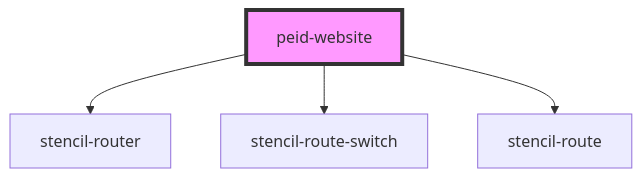
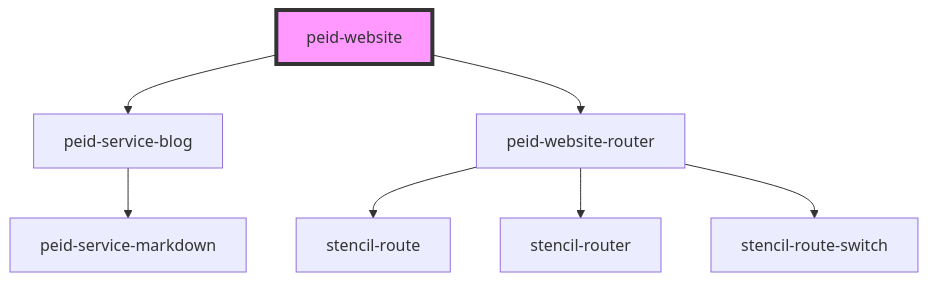
The diagram in packages/website/src/app/readme.md (peidesign/princeedwardisland.design), drawn with Mermaid before and after one commit. The commit also changed other lines of this file and 57 other files, not shown here.

Commit message:
Working content and blog service

````diff
--- a/packages/website/src/app/readme.md
+++ b/packages/website/src/app/readme.md
@@ -17,7 +16,10 @@
 ```mermaid
 graph TD;
-  peid-website --> stencil-router
-  peid-website --> stencil-route-switch
-  peid-website --> stencil-route
+  peid-website --> peid-service-blog
+  peid-website --> peid-website-router
+  peid-service-blog --> peid-service-markdown
+  peid-website-router --> stencil-route
+  peid-website-router --> stencil-router
+  peid-website-router --> stencil-route-switch
   style peid-website fill:#f9f,stroke:#333,stroke-width:4px
 ```
````
